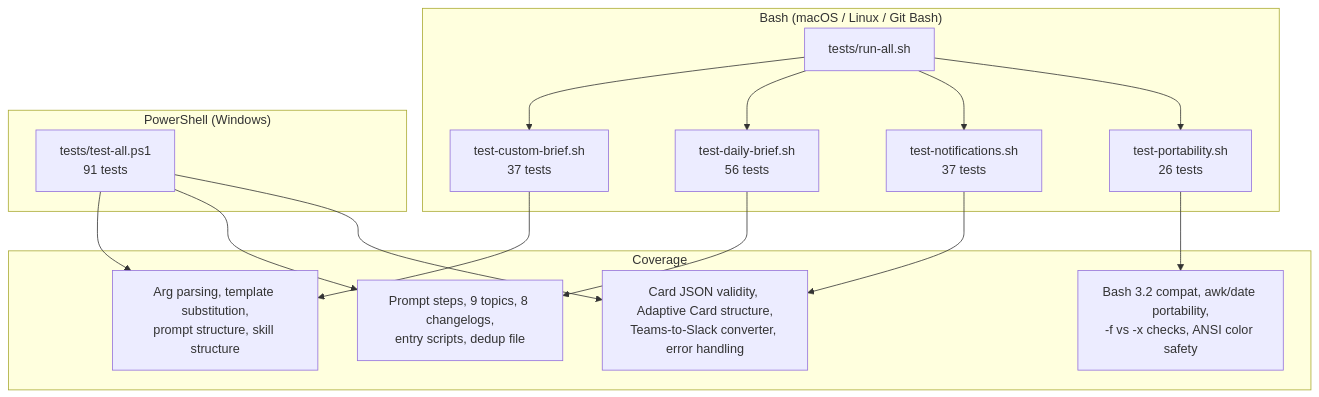
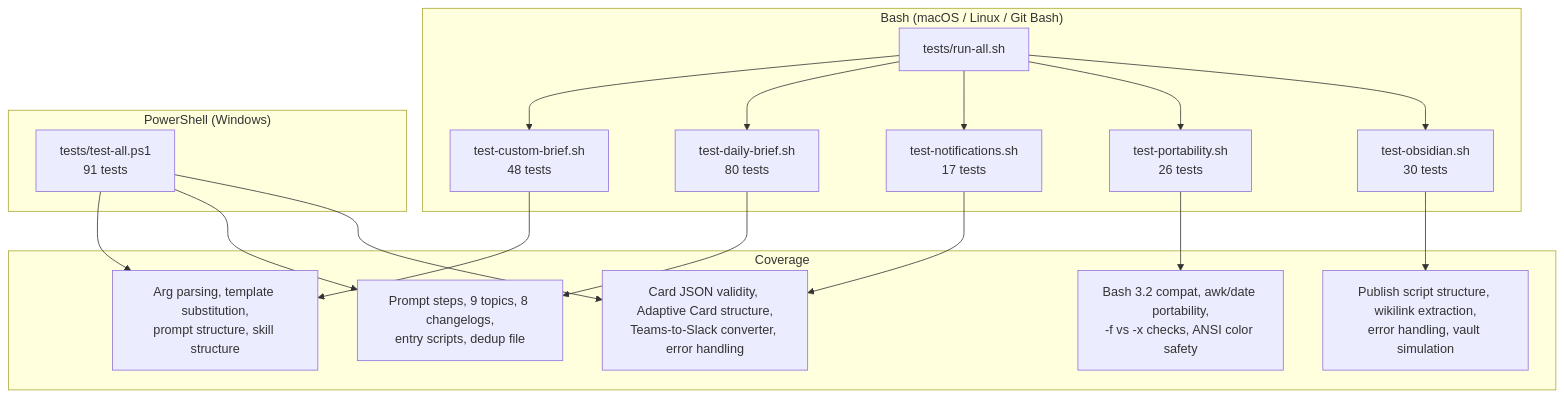
Diagram 13 of 19 in ARCHITECTURE.md (hoangsonww/ai-news-briefing), drawn with Mermaid before and after one commit. The commit also changed other lines of this file and 22 other files, not shown here.

````diff
--- a/ARCHITECTURE.md
+++ b/ARCHITECTURE.md
@@ -655,23 +757,26 @@
 ```mermaid
 flowchart TD
     subgraph "Bash (macOS / Linux / Git Bash)"
-        R["tests/run-all.sh"] --> T1["test-custom-brief.sh<br/>37 tests"]
-        R --> T2["test-daily-brief.sh<br/>56 tests"]
-        R --> T3["test-notifications.sh<br/>37 tests"]
+        R["tests/run-all.sh"] --> T1["test-custom-brief.sh<br/>48 tests"]
+        R --> T2["test-daily-brief.sh<br/>80 tests"]
+        R --> T3["test-notifications.sh<br/>17 tests"]
         R --> T4["test-portability.sh<br/>26 tests"]
+        R --> T5["test-obsidian.sh<br/>30 tests"]
     end
 
     subgraph "PowerShell (Windows)"
         PS["tests/test-all.ps1<br/>91 tests"]
     end
 
     subgraph "Coverage"
         T1 --> X1["Arg parsing, template substitution,<br/>prompt structure, skill structure"]
         T2 --> X2["Prompt steps, 9 topics, 8 changelogs,<br/>entry scripts, dedup file"]
         T3 --> X3["Card JSON validity, Adaptive Card structure,<br/>Teams-to-Slack converter, error handling"]
         T4 --> X4["Bash 3.2 compat, awk/date portability,<br/>-f vs -x checks, ANSI color safety"]
+
+        T5 --> X5["Publish script structure, wikilink extraction,<br/>error handling, vault simulation"]
         PS --> X1
         PS --> X2
         PS --> X3
     end
 ```
````
